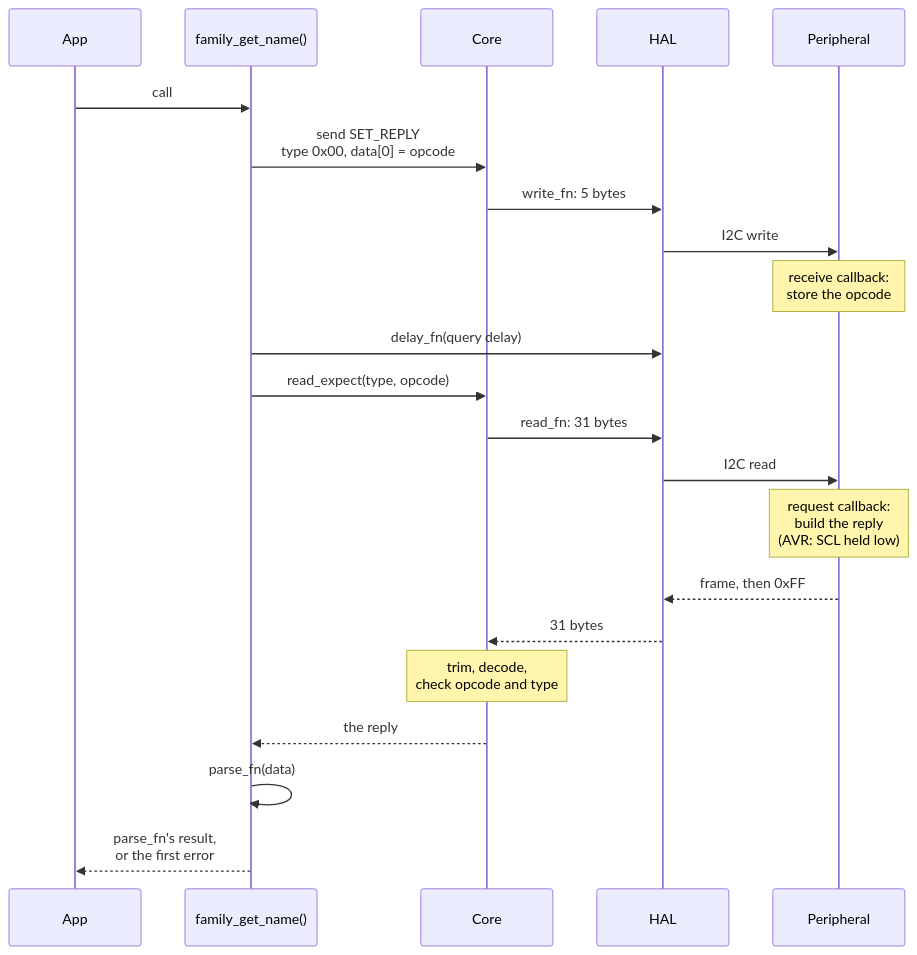
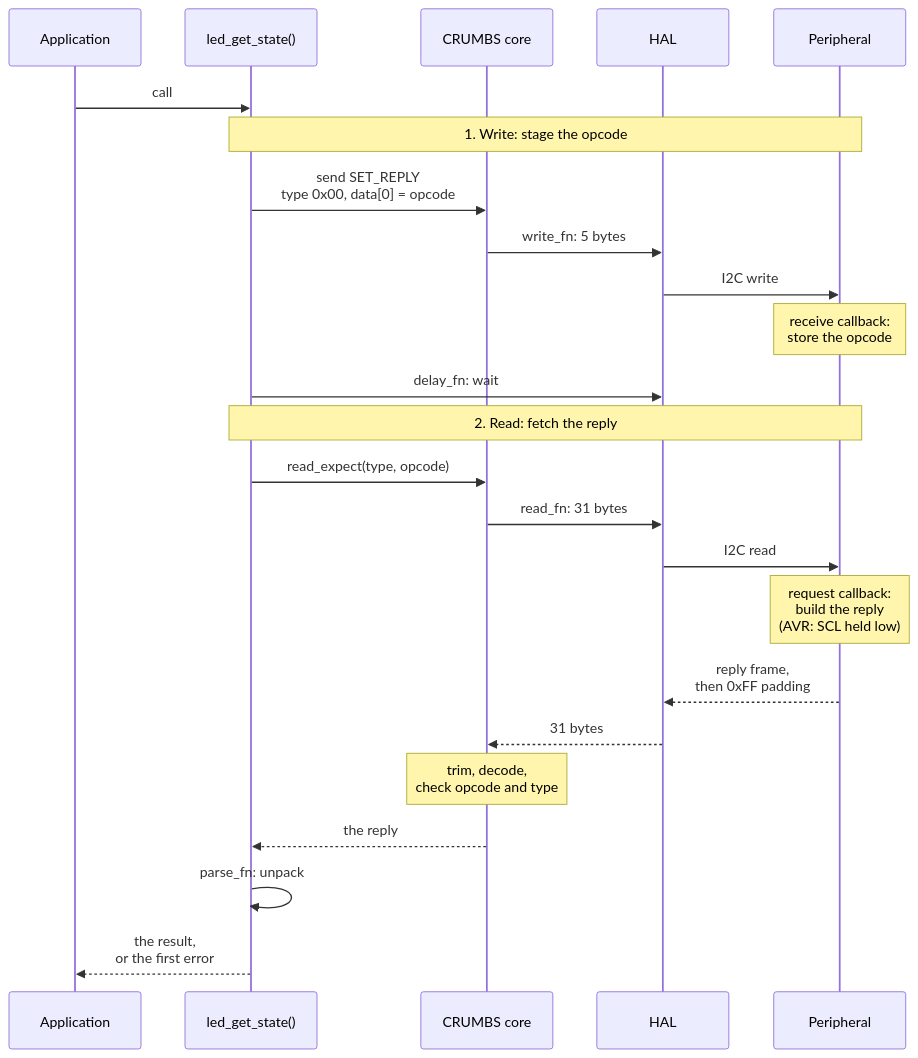
The third of 5 diagrams in docs/architecture.md (feastorg/CRUMBS), drawn with Mermaid before and after one commit. The commit also changed other lines of this file and 5 other files, not shown here.

First line of the commit message:
docs: make the figures and diagrams readable without the code (#136)

````diff
--- a/docs/architecture.md
+++ b/docs/architecture.md
@@ -147,24 +146,26 @@
 ```mermaid
 sequenceDiagram
-    participant App
-    participant Ops as family_get_name()
-    participant Core
+    participant App as Application
+    participant Ops as led_get_state()
+    participant Core as CRUMBS core
     participant HAL
     participant P as Peripheral
     App->>Ops: call
+    Note over Ops,P: 1. Write: stage the opcode
     Ops->>Core: send SET_REPLY<br/>type 0x00, data[0] = opcode
     Core->>HAL: write_fn: 5 bytes
     HAL->>P: I2C write
     Note over P: receive callback:<br/>store the opcode
-    Ops->>HAL: delay_fn(query delay)
+    Ops->>HAL: delay_fn: wait
+    Note over Ops,P: 2. Read: fetch the reply
     Ops->>Core: read_expect(type, opcode)
     Core->>HAL: read_fn: 31 bytes
     HAL->>P: I2C read
     Note over P: request callback:<br/>build the reply<br/>(AVR: SCL held low)
-    P-->>HAL: frame, then 0xFF
+    P-->>HAL: reply frame,<br/>then 0xFF padding
     HAL-->>Core: 31 bytes
     Note over Core: trim, decode,<br/>check opcode and type
     Core-->>Ops: the reply
-    Ops->>Ops: parse_fn(data)
-    Ops-->>App: parse_fn's result,<br/>or the first error
+    Ops->>Ops: parse_fn: unpack
+    Ops-->>App: the result,<br/>or the first error
 ```
````
